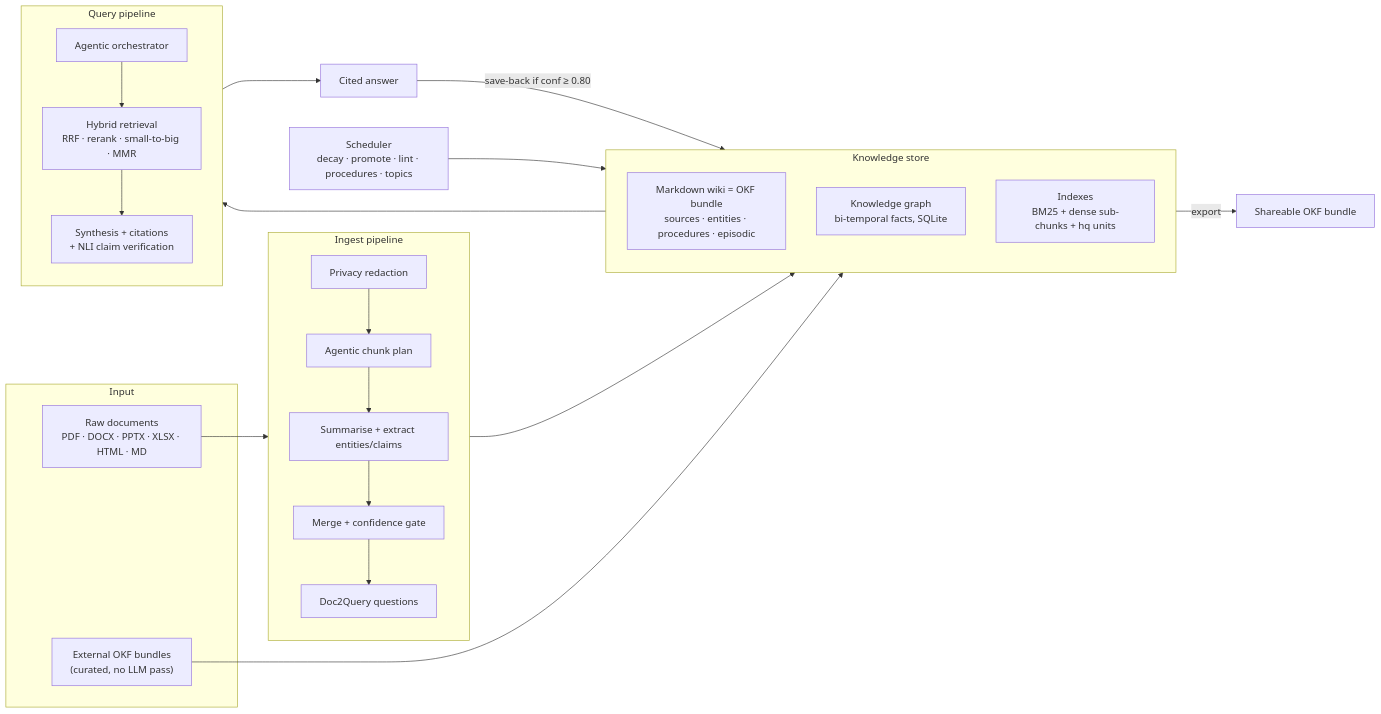
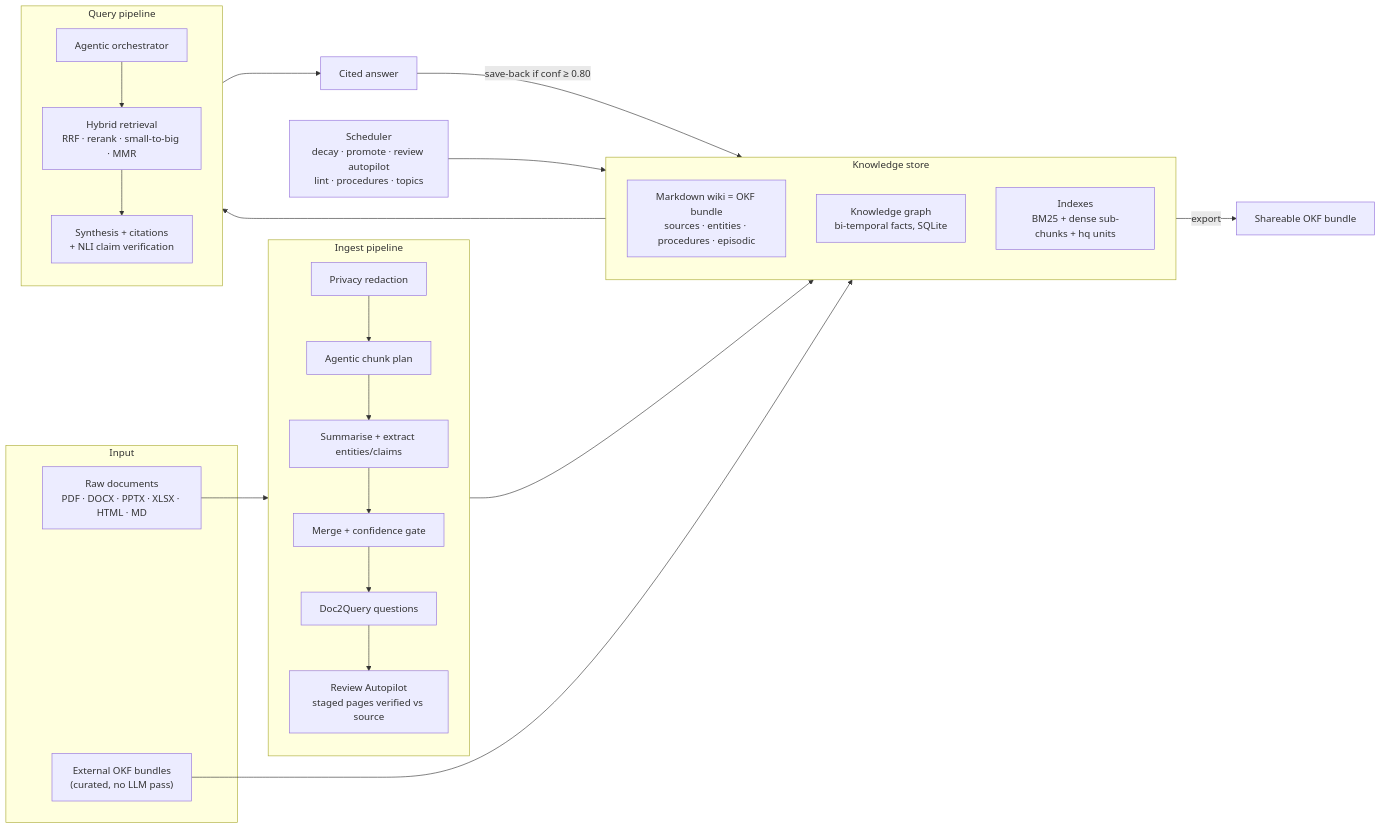
One commit to krishddd/llm-wiki changed the first of 3 diagrams in README.md. Above: the diagram before and after it, drawn with Mermaid. The commit also changed other lines of this file and 1 other file, not shown here.

First line of the commit message:
docs: add Review Autopilot to architecture diagram + review-flow diagram

````diff
--- a/README.md
+++ b/README.md
@@ -27,39 +27,40 @@
 ```mermaid
 flowchart LR
     subgraph IN["Input"]
         DOCS["Raw documents<br/>PDF · DOCX · PPTX · XLSX · HTML · MD"]
         OKFIN["External OKF bundles<br/>(curated, no LLM pass)"]
     end
 
     subgraph ING["Ingest pipeline"]
         direction TB
         REDACT["Privacy redaction"] --> PLAN["Agentic chunk plan"]
         PLAN --> SUMM["Summarise + extract entities/claims"]
         SUMM --> CONF["Merge + confidence gate"]
         CONF --> D2Q["Doc2Query questions"]
+        D2Q --> AUTO["Review Autopilot<br/>staged pages verified vs source"]
     end
 
     subgraph STORE["Knowledge store"]
         direction TB
         WIKI["Markdown wiki = OKF bundle<br/>sources · entities · procedures · episodic"]
         KG["Knowledge graph<br/>bi-temporal facts, SQLite"]
         IDX["Indexes<br/>BM25 + dense sub-chunks + hq units"]
     end
 
     subgraph QRY["Query pipeline"]
         direction TB
         ORCH["Agentic orchestrator"] --> RET["Hybrid retrieval<br/>RRF · rerank · small-to-big · MMR"]
         RET --> SYNTH["Synthesis + citations<br/>+ NLI claim verification"]
     end
 
-    SCHED["Scheduler<br/>decay · promote · lint · procedures · topics"]
+    SCHED["Scheduler<br/>decay · promote · review autopilot<br/>lint · procedures · topics"]
 
     DOCS --> ING
     OKFIN --> WIKI
     ING --> STORE
     STORE --> QRY
     QRY --> ANS["Cited answer"]
     ANS -- "save-back if conf ≥ 0.80" --> WIKI
     SCHED --> STORE
     WIKI -- "export" --> OKFOUT["Shareable OKF bundle"]
 ```
````
